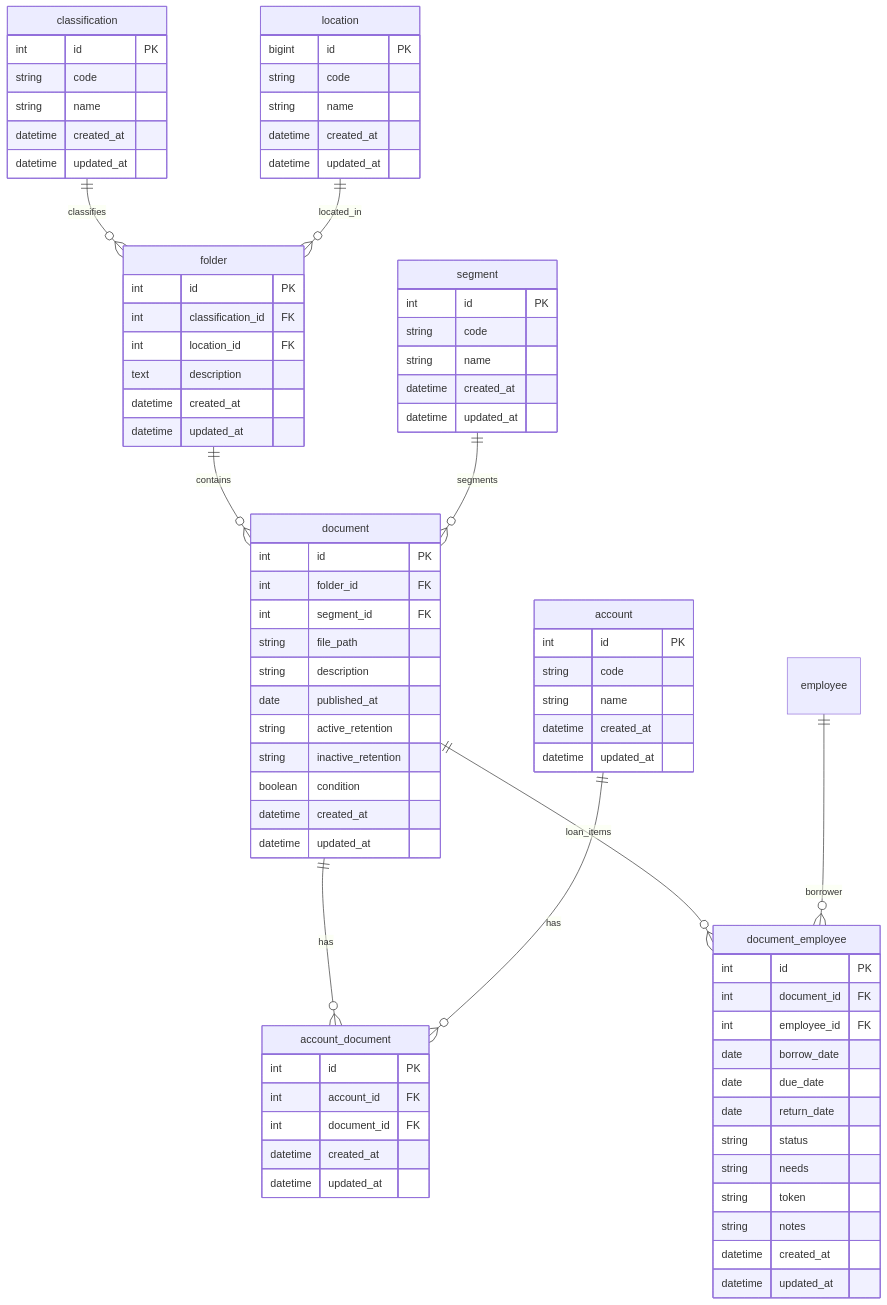
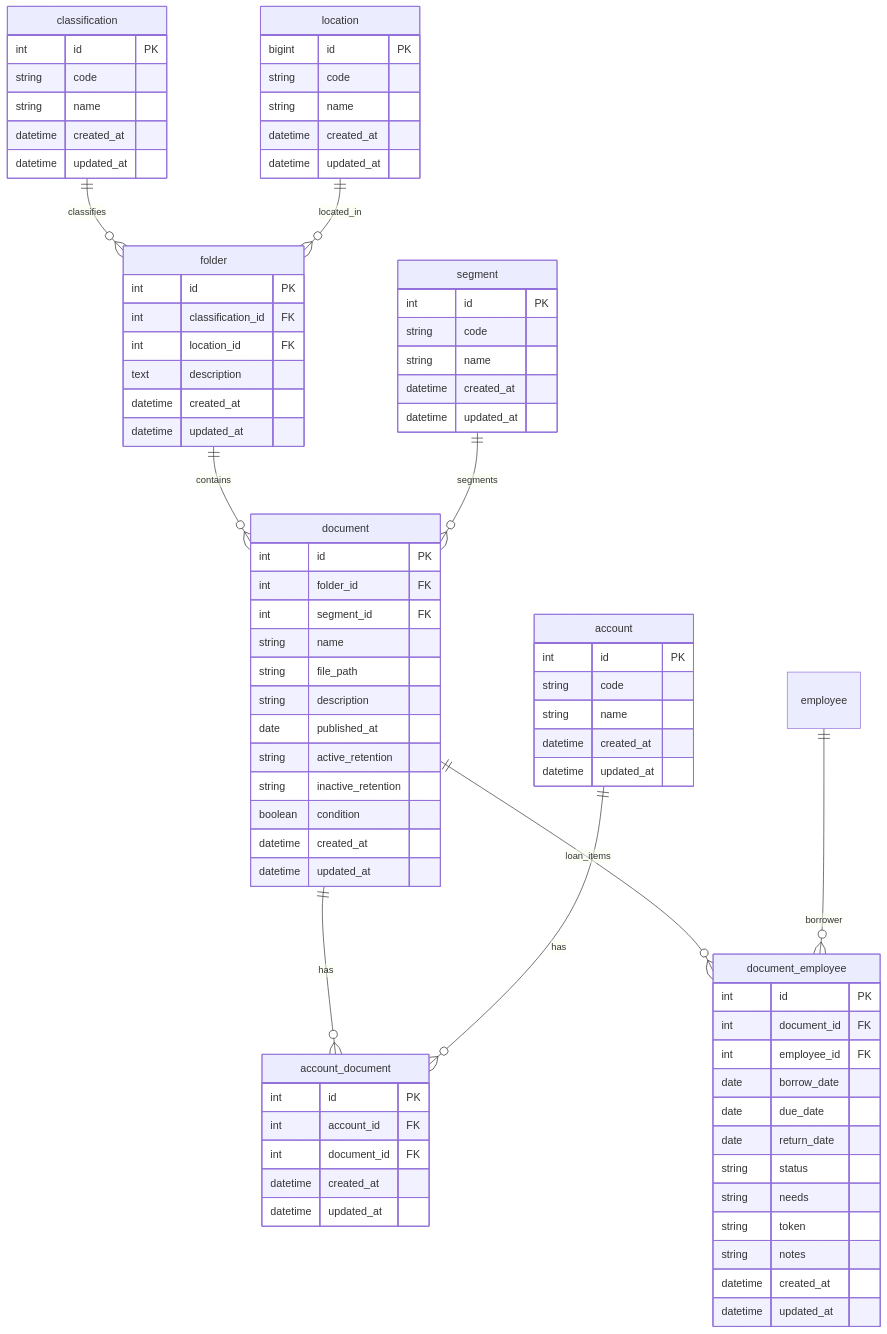
One commit to dhitozarfhan/BDIBOOKING changed the diagram in context/erd.mermaid. Above: the diagram before and after it, drawn with Mermaid. The commit also changed 15 other files, not shown here.

```diff
--- a/context/erd.mermaid
+++ b/context/erd.mermaid
@@ -1,106 +1,107 @@
 erDiagram
   %% =======================
   %% ENTITAS
   %% =======================
   folder {
     int id PK
     int classification_id FK
     int location_id FK
     text description
     datetime created_at
     datetime updated_at
   }
 
   document {
     int id PK
     int folder_id FK
     int segment_id FK
+    string name
     string file_path
     string description
     date published_at
     string active_retention
     string inactive_retention
     boolean condition
     datetime created_at
     datetime updated_at
   }
 
   classification {
     int id PK
     string code
     string name
     datetime created_at
     datetime updated_at
   }
 
   location {
     bigint id PK
     string code
     string name
     datetime created_at
     datetime updated_at
   }
 
   segment {
     int id PK
     string code
     string name
     datetime created_at
     datetime updated_at
   }
 
   account {
     int id PK
     string code
     string name
     datetime created_at
     datetime updated_at
   }
 
   account_document {
     int id PK
     int account_id FK
     int document_id FK
     datetime created_at
     datetime updated_at
   }
 
 
   %% Pivot peminjaman (M:N) + atribut transaksi
   document_employee {
     int id PK
     int document_id FK
     int employee_id FK
     date borrow_date
     date due_date
     date return_date
     string status         
 %% requested | approved | borrowed | returned | overdue | lost
     string needs          
 %% alasan/kebutuhan peminjaman
     string token
     string notes
     datetime created_at
     datetime updated_at
   }
 
   %% =======================
   %% RELASI
   %% =======================
   %% Klasifikasi & lokasi untuk folder
   classification ||--o{ folder : classifies
   location ||--o{ folder : located_in
 
   %% Folder berisi banyak dokumen
   folder ||--o{ document : contains
 
   %% Segmentasi dokumen
   segment ||--o{ document : segments
 
   %% Tagging/akun ke dokumen (M:N via pivot)
   document ||--o{ account_document : has
   account ||--o{ account_document : has
 
   %% Peminjaman dokumen (M:N via pivot)
   document ||--o{ document_employee : "loan_items"
   employee ||--o{ document_employee : "borrower"
```
